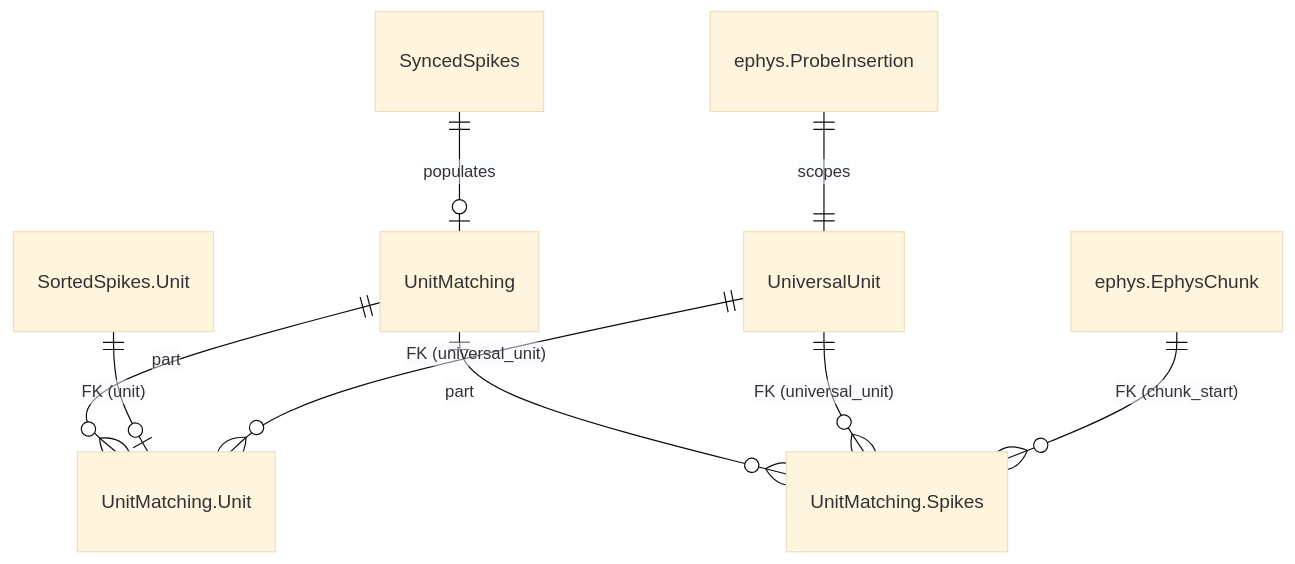
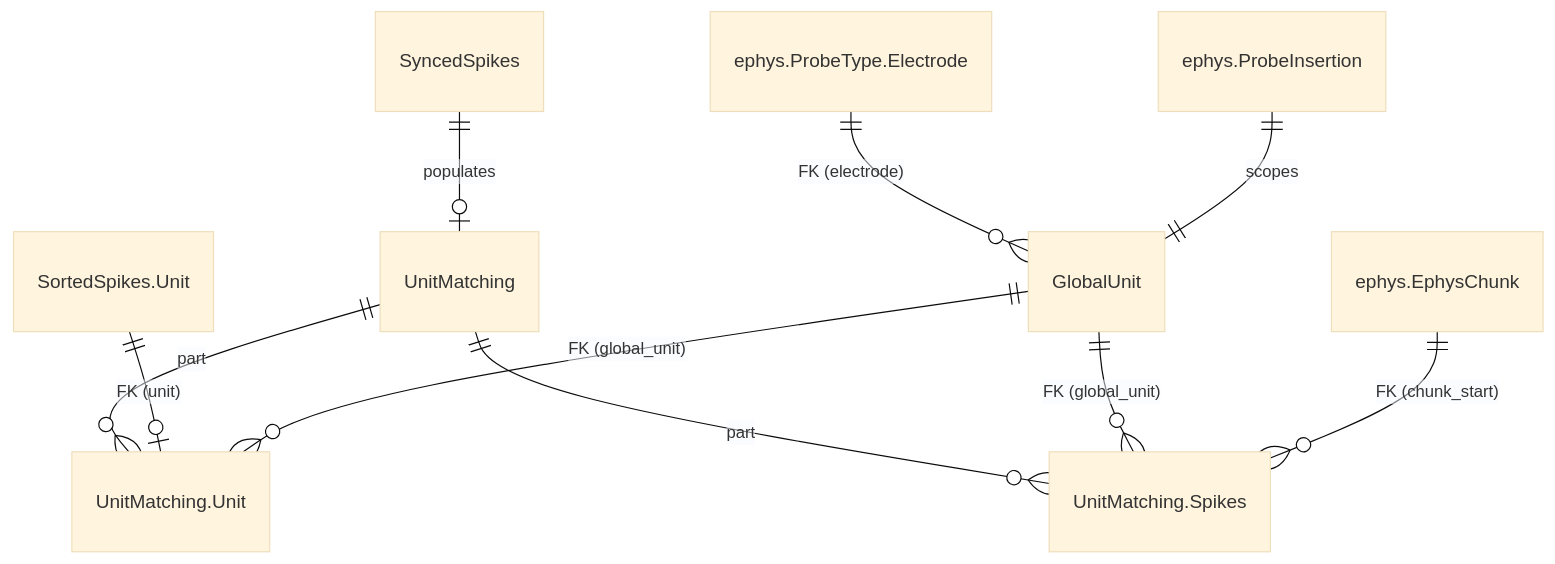
Before and after one commit to SainsburyWellcomeCentre/aeon_mecha: the diagram in aeon/dj_pipeline/docs/specs/SPEC_unit_matching.md, drawn with Mermaid (base theme). The commit also changed other lines of this file, not shown here.

First line of the commit message:
refactor(spec): rename UniversalUnit to GlobalUnit, move electrode to unit roster

````diff
--- a/aeon/dj_pipeline/docs/specs/SPEC_unit_matching.md
+++ b/aeon/dj_pipeline/docs/specs/SPEC_unit_matching.md
@@ -121,11 +121,12 @@
 ```mermaid
 erDiagram
     SyncedSpikes ||--o| UnitMatching : "populates"
     UnitMatching ||--o{ "UnitMatching.Unit" : "part"
     UnitMatching ||--o{ "UnitMatching.Spikes" : "part"
     "SortedSpikes.Unit" ||--o| "UnitMatching.Unit" : "FK (unit)"
-    UniversalUnit ||--o{ "UnitMatching.Unit" : "FK (universal_unit)"
-    UniversalUnit ||--o{ "UnitMatching.Spikes" : "FK (universal_unit)"
+    GlobalUnit ||--o{ "UnitMatching.Unit" : "FK (global_unit)"
+    GlobalUnit ||--o{ "UnitMatching.Spikes" : "FK (global_unit)"
     "ephys.EphysChunk" ||--o{ "UnitMatching.Spikes" : "FK (chunk_start)"
-    "ephys.ProbeInsertion" ||--|| UniversalUnit : "scopes"
+    "ephys.ProbeType.Electrode" ||--o{ GlobalUnit : "FK (electrode)"
+    "ephys.ProbeInsertion" ||--|| GlobalUnit : "scopes"
 ```
````
